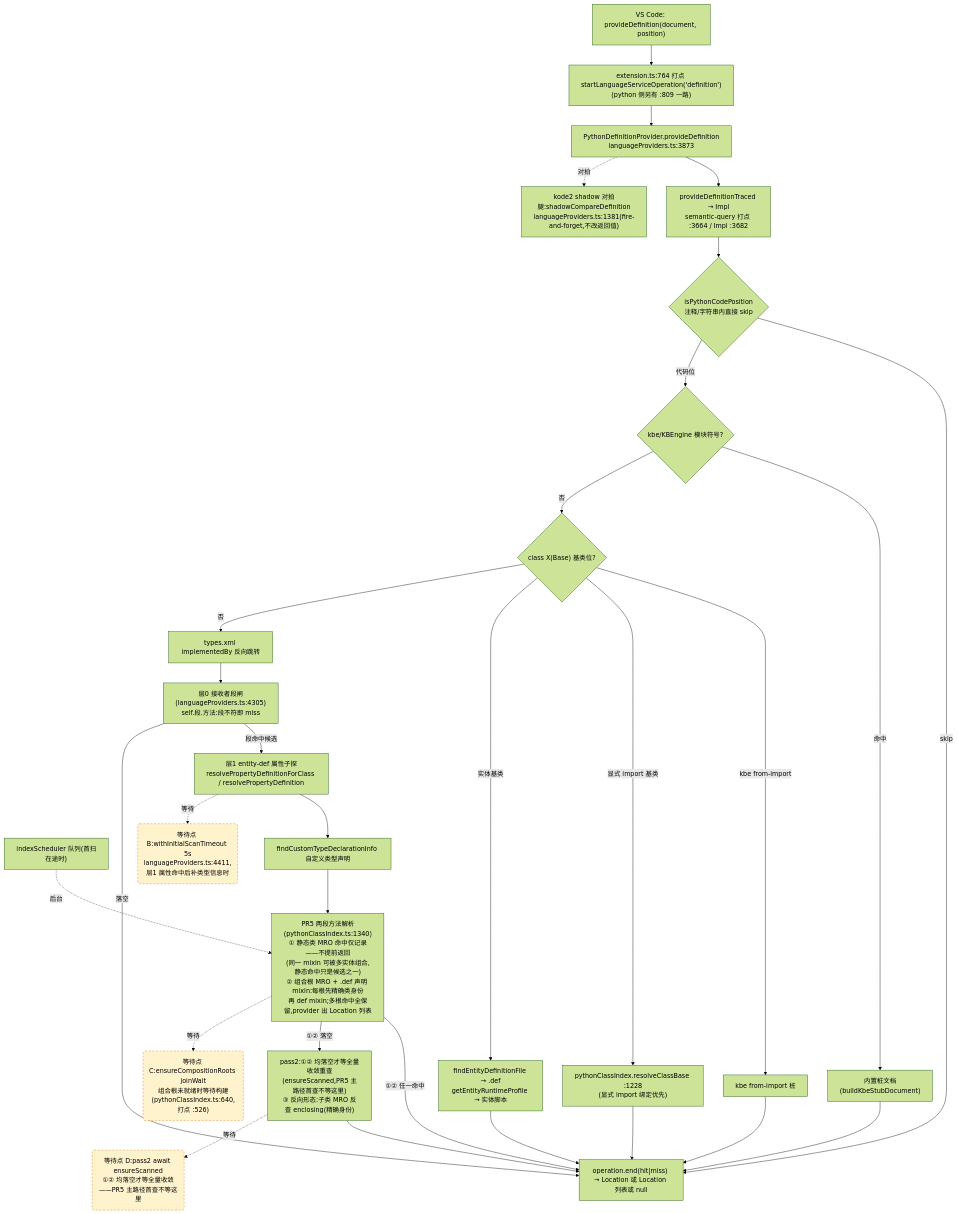
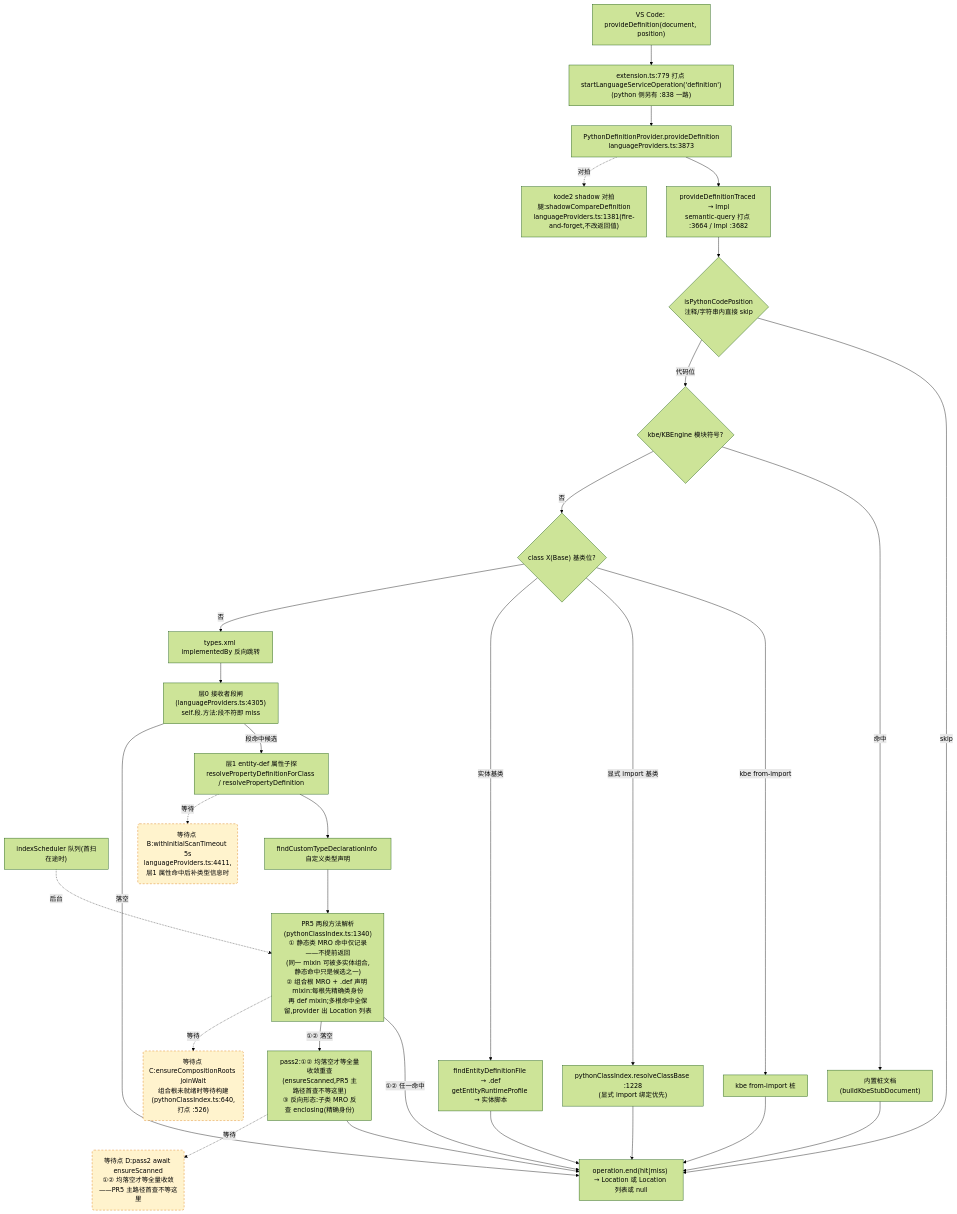
One commit to cuihairu/kode changed the second of 4 diagrams in docs/perf/2026-baseline.md. Above: the diagram before and after it, drawn with Mermaid (forest theme). The commit also changed other lines of this file and 12 other files, not shown here.

````diff
--- a/docs/perf/2026-baseline.md
+++ b/docs/perf/2026-baseline.md
@@ -130,51 +130,51 @@
 ```mermaid
 flowchart TD
   VC2["VS Code: provideDefinition(document, position)"]
-  M2["extension.ts:764 打点 startLanguageServiceOperation('definition')<br/>(python 侧另有 :809 一路)"]
+  M2["extension.ts:779 打点 startLanguageServiceOperation('definition')<br/>(python 侧另有 :838 一路)"]
   AD2["PythonDefinitionProvider.provideDefinition<br/>languageProviders.ts:3873"]
   TR["provideDefinitionTraced → Impl<br/>semantic-query 打点 :3664 / Impl :3682"]
   CTX{"isPythonCodePosition<br/>注释/字符串内直接 skip"}
   KBE{"kbe/KBEngine 模块符号?"}
   STUB["内置桩文档(buildKbeStubDocument)"]
   CB{"class X(Base) 基类位?"}
   CB1["kbe from-import 桩"]
   CB2["pythonClassIndex.resolveClassBase :1228<br/>(显式 import 绑定优先)"]
   CB3["findEntityDefinitionFile → .def<br/>getEntityRuntimeProfile → 实体脚本"]
   REV["types.xml implementedBy 反向跳转"]
   L0["层0 接收者段闸(languageProviders.ts:4305)<br/>self.段.方法:段不符即 miss"]
   L1["层1 entity-def 属性子探<br/>resolvePropertyDefinitionForClass / resolvePropertyDefinition"]
   SCAN["indexScheduler 队列(首扫在途时)"]
   TY["findCustomTypeDeclarationInfo 自定义类型声明"]
   MRO["PR5 两段方法解析(pythonClassIndex.ts:1340)<br/>① 静态类 MRO 命中仅记录——不提前返回<br/>(同一 mixin 可被多实体组合,静态命中只是候选之一)<br/>② 组合根 MRO + .def 声明 mixin:每根先精确类身份<br/>再 def mixin;多根命中全保留,provider 出 Location 列表"]
   PASS2["pass2:①② 均落空才等全量收敛重查<br/>(ensureScanned,PR5 主路径首查不等这里)<br/>③ 反向形态:子类 MRO 反查 enclosing(精确身份)"]
   SHD["kode2 shadow 对拍腿:shadowCompareDefinition<br/>languageProviders.ts:1381(fire-and-forget,不改返回值)"]
   END2["operation.end(hit|miss) → Location 或 Location 列表或 null"]
 
   VC2 --> M2 --> AD2 --> TR --> CTX
   CTX -- "skip" --> END2
   CTX -- "代码位" --> KBE
   KBE -- "命中" --> STUB --> END2
   KBE -- "否" --> CB
   CB -- "kbe from-import" --> CB1 --> END2
   CB -- "显式 import 基类" --> CB2 --> END2
   CB -- "实体基类" --> CB3 --> END2
   CB -- "否" --> REV --> L0
   L0 -- "段命中候选" --> L1
   L0 -- "落空" --> END2
   L1 --> TY
   TY --> MRO
   MRO -- "①② 任一命中" --> END2
   MRO -- "①② 落空" --> PASS2 --> END2
   AD2 -.->|对拍| SHD
 
   WAITB("等待点 B:withInitialScanTimeout 5s<br/>languageProviders.ts:4411,层1 属性命中后补类型信息时")
   WAITC("等待点 C:ensureCompositionRoots joinWait<br/>组合根未就绪时等待构建(pythonClassIndex.ts:640,打点 :526)")
   WAITD("等待点 D:pass2 await ensureScanned<br/>①② 均落空才等全量收敛——PR5 主路径首查不等这里")
   L1 -.->|等待| WAITB
   MRO -.->|等待| WAITC
   PASS2 -.->|等待| WAITD
   SCAN -.->|后台| MRO
 
   classDef waitPoint fill:#fff3cd,stroke:#d97706,stroke-dasharray:5 4;
   class WAITB,WAITC,WAITD waitPoint;
 ```
````
